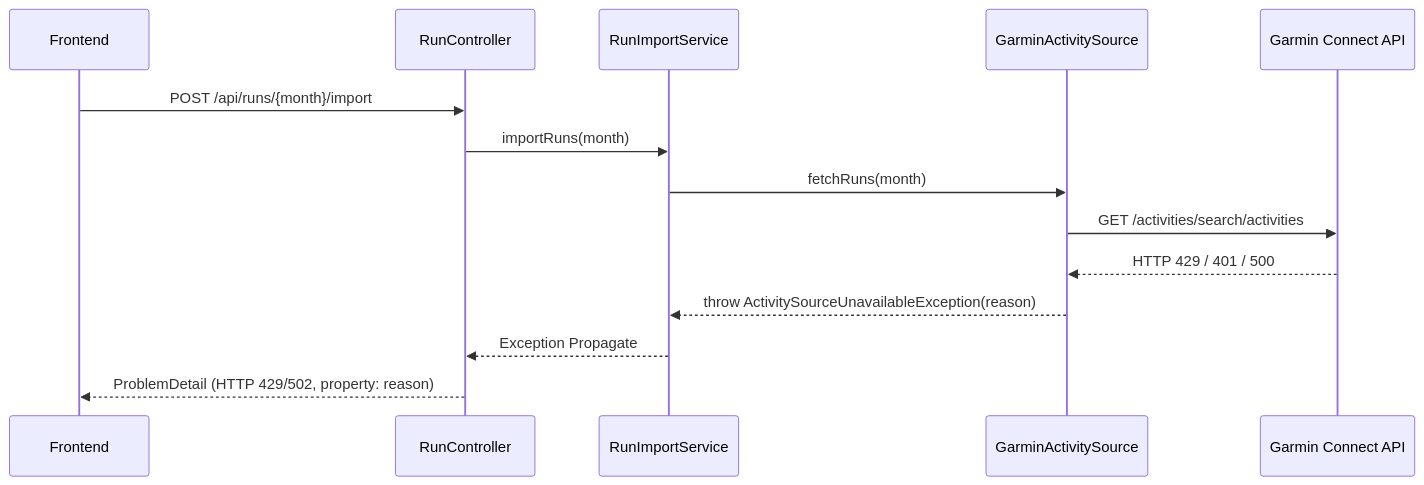
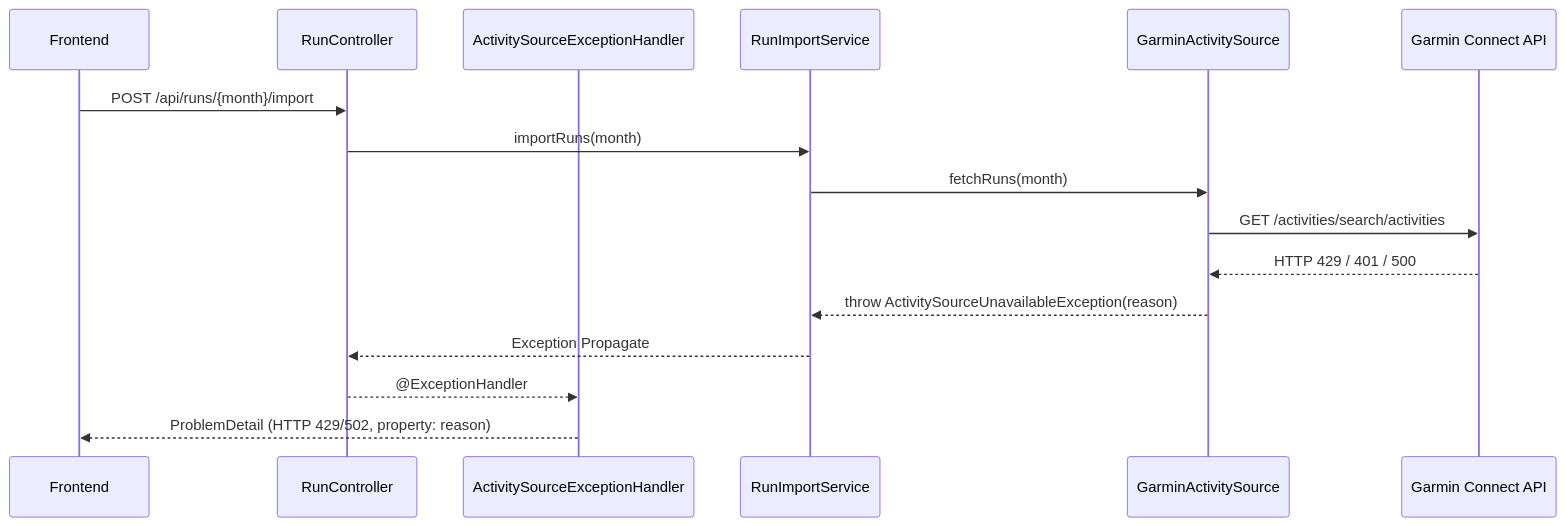
The third of 3 diagrams in openwiki/architecture/patterns.md (tis-abe-akira/run-buddy), drawn with Mermaid before and after one commit. The commit also changed other lines of this file and 17 other files, not shown here.

````diff
--- a/openwiki/architecture/patterns.md
+++ b/openwiki/architecture/patterns.md
@@ -222,17 +265,19 @@
 ```mermaid
 sequenceDiagram
     participant UI as Frontend
     participant Ctrl as RunController
+    participant Adv as ActivitySourceExceptionHandler
     participant Svc as RunImportService
     participant Src as GarminActivitySource
     participant API as Garmin Connect API
 
     UI->>Ctrl: POST /api/runs/{month}/import
     Ctrl->>Svc: importRuns(month)
     Svc->>Src: fetchRuns(month)
     Src->>API: GET /activities/search/activities
     API-->>Src: HTTP 429 / 401 / 500
     Src-->>Svc: throw ActivitySourceUnavailableException(reason)
     Svc-->>Ctrl: Exception Propagate
-    Ctrl-->>UI: ProblemDetail (HTTP 429/502, property: reason)
+    Ctrl-->>Adv: @ExceptionHandler
+    Adv-->>UI: ProblemDetail (HTTP 429/502, property: reason)
 ```
````
